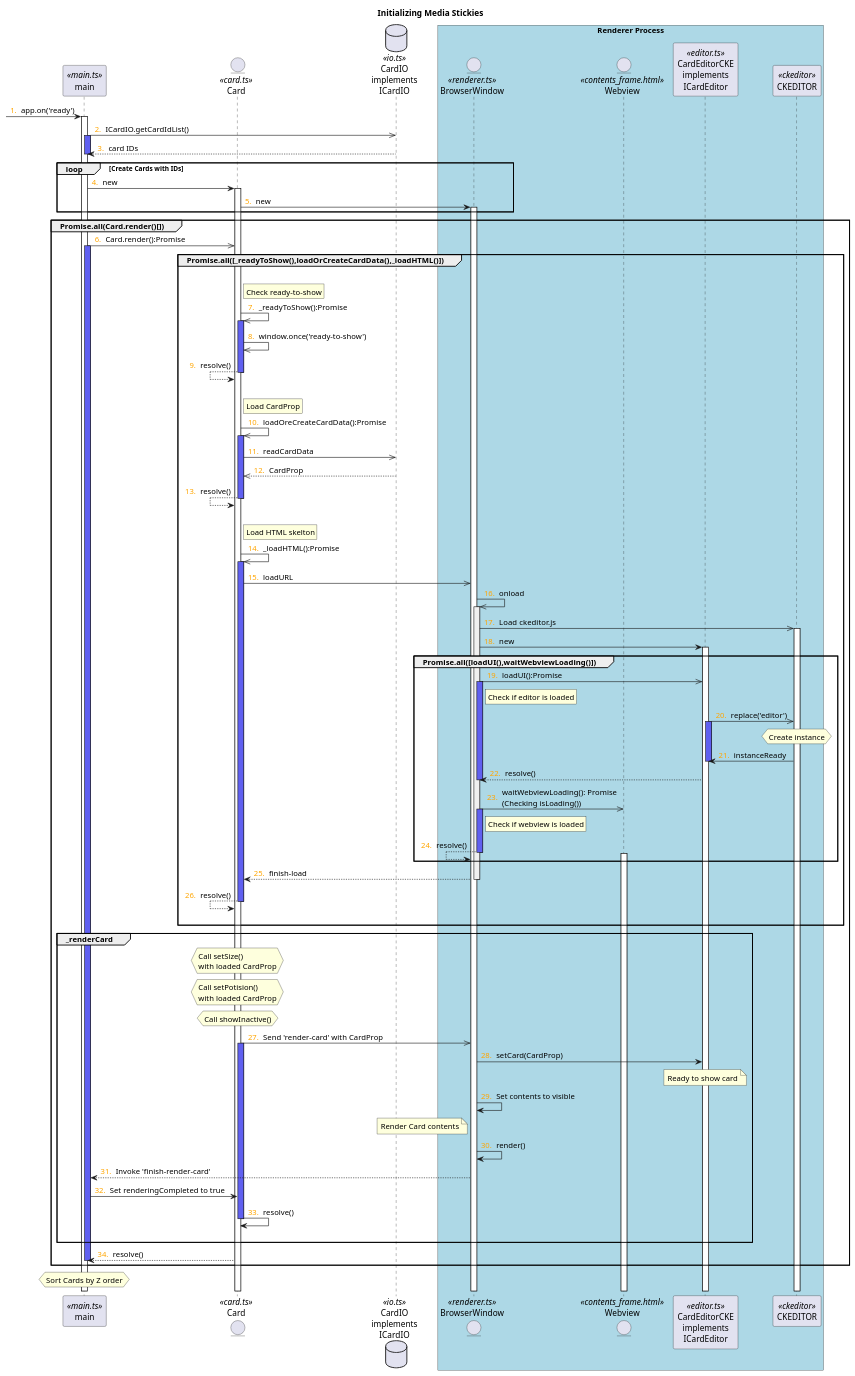
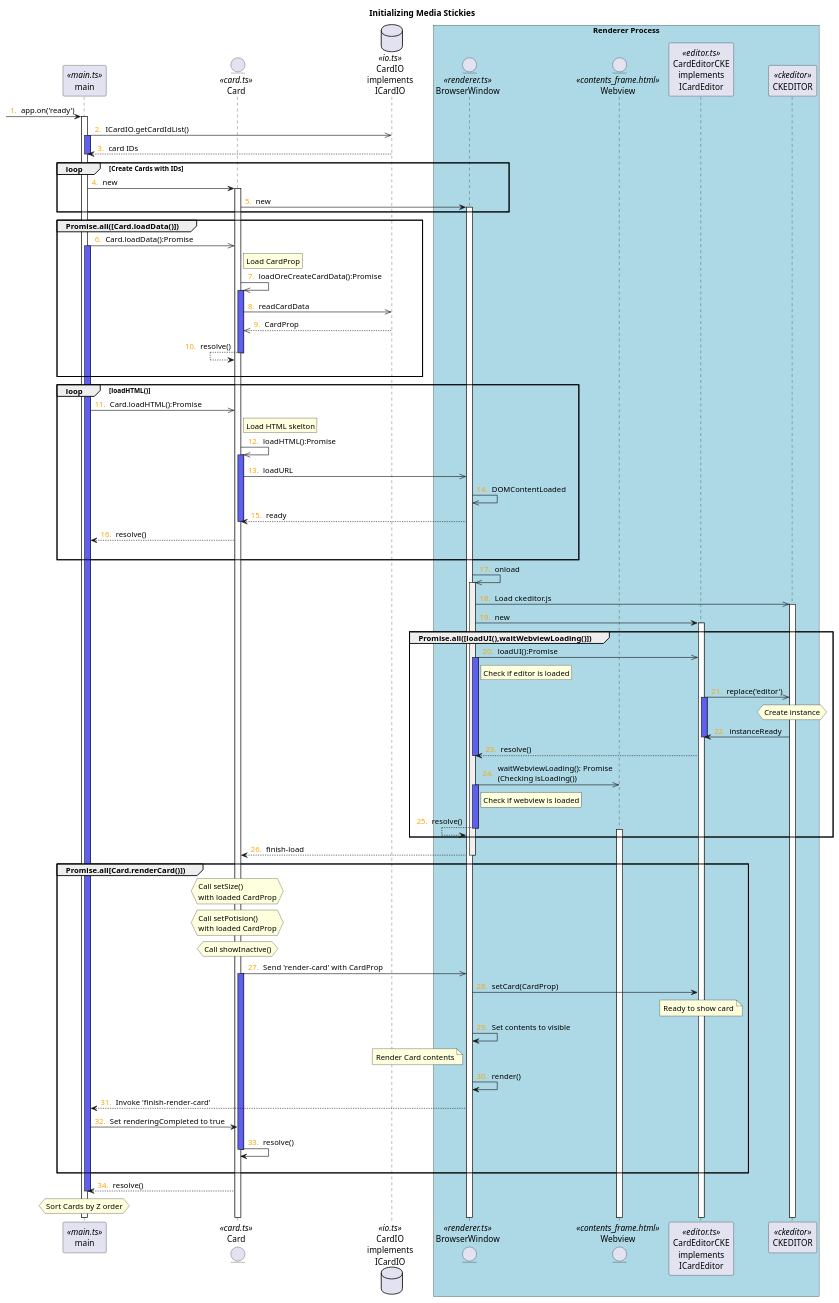
One commit to canal874/sticky-sprites changed the diagram in doc/initializing.puml. Above: the diagram before and after it, drawn with PlantUML.

Commit message:
update: Sequence diagram of initializing process

```diff
--- a/doc/initializing.puml
+++ b/doc/initializing.puml
@@ -2,108 +2,106 @@
 @startuml
 title Initializing Media Stickies
 
 autonumber "<font color=orange>0. "
 participant main <<main.ts>> order 10
 entity Card <<card.ts>> order 20
 database ICardIO as "CardIO\nimplements\nICardIO" <<io.ts>> order 50
 box "Renderer Process" #LightBlue
   entity BrowserWindow <<renderer.ts>> order 100
   entity Webview <<contents_frame.html>> order 101
   participant ICardEditor as "CardEditorCKE\nimplements\nICardEditor" <<editor.ts>> order 111
   participant CKEDITOR <<ckeditor>> order 112
 end box 
 
 [-> main: app.on('ready')
 activate main
 
 main ->>ICardIO: ICardIO.getCardIdList()
 activate main #6060f0
 main <-- ICardIO: card IDs
 deactivate main
 loop Create Cards with IDs
   main -> Card: new
   activate Card
   Card -> BrowserWindow: new
   activate BrowserWindow
 end
 
-group Promise.all(Card.render()[])
-  main ->> Card: Card.render():Promise
+group Promise.all([Card.loadData()])
+  main ->> Card: Card.loadData():Promise
   activate main #6060f0  
-  group Promise.all([_readyToShow(),loadOrCreateCardData(),_loadHTML()])    
-    |||
-    rnote right Card: Check ready-to-show
-    Card ->> Card: _readyToShow():Promise
-    activate Card  #6060f0
-    Card ->> Card: window.once('ready-to-show')
-    Card <-- Card: resolve()
+  rnote Right Card: Load CardProp        
+  Card ->> Card: loadOreCreateCardData():Promise
+  activate Card  #6060f0
+  Card ->> ICardIO: readCardData
+  Card <<-- ICardIO: CardProp
+  Card <-- Card: resolve()
+  deactivate Card
+  |||  
+end
+
+loop loadHTML()
+  main ->> Card: Card.loadHTML():Promise
+  rnote Right Card: Load HTML skelton
+  Card ->> Card: loadHTML():Promise
+  activate Card  #6060f0
+  Card ->> BrowserWindow: loadURL
+    BrowserWindow ->> BrowserWindow: DOMContentLoaded
+    Card <-- BrowserWindow: ready
     deactivate Card
-    |||
-    rnote Right Card: Load CardProp        
-    Card ->> Card: loadOreCreateCardData():Promise
-    activate Card  #6060f0
-    Card ->> ICardIO: readCardData
-    Card <<-- ICardIO: CardProp
-    Card <-- Card: resolve()
-    deactivate Card
-    |||
-    rnote Right Card: Load HTML skelton
-    Card ->> Card: _loadHTML():Promise
-    activate Card  #6060f0
-    Card ->> BrowserWindow: loadURL
-      BrowserWindow ->> BrowserWindow: onload
-        activate BrowserWindow #f0f0f0
-        BrowserWindow ->> CKEDITOR: Load ckeditor.js
-        activate CKEDITOR
-        BrowserWindow -> ICardEditor: new
-        activate ICardEditor
+  main <-- Card: resolve()    
+  |||
+end
+          
+    BrowserWindow ->> BrowserWindow: onload
+      activate BrowserWindow #f0f0f0
+      BrowserWindow ->> CKEDITOR: Load ckeditor.js
+      activate CKEDITOR
+      BrowserWindow -> ICardEditor: new
+      activate ICardEditor
 
-        group Promise.all([loadUI(),waitWebviewLoading()])    
+      group Promise.all([loadUI(),waitWebviewLoading()])    
         BrowserWindow ->> ICardEditor: loadUI():Promise
           rnote Right BrowserWindow: Check if editor is loaded
           activate BrowserWindow #6060f0
           ICardEditor ->> CKEDITOR: replace('editor')
             activate ICardEditor #6060f0
             hnote over CKEDITOR: Create instance
             ICardEditor <- CKEDITOR: instanceReady
             deactivate ICardEditor
             BrowserWindow <-- ICardEditor: resolve()
           deactivate BrowserWindow
 
         BrowserWindow ->> Webview: waitWebviewLoading(): Promise\n(Checking isLoading())
           rnote Right BrowserWindow: Check if webview is loaded
           activate BrowserWindow #6060f0
         BrowserWindow <-- BrowserWindow: resolve()      
         activate Webview
         deactivate BrowserWindow
-        end
+      end
 
-        Card <-- BrowserWindow: finish-load
-        deactivate BrowserWindow
-    Card <-- Card: resolve()
-    deactivate Card
-    |||
-  end
+      Card <-- BrowserWindow: finish-load
+      deactivate BrowserWindow
 
-  group _renderCard
+group Promise.all[Card.renderCard()])
     hnote over Card: Call setSize()\nwith loaded CardProp
     hnote over Card: Call setPotision()\nwith loaded CardProp
     hnote over Card: Call showInactive()
     Card ->> BrowserWindow: Send 'render-card' with CardProp
     activate Card #6060f0
     BrowserWindow -> ICardEditor: setCard(CardProp)
     note over ICardEditor: Ready to show card
     BrowserWindow -> BrowserWindow: Set contents to visible
     note left BrowserWindow: Render Card contents
     BrowserWindow -> BrowserWindow: render()
     main <-- BrowserWindow: Invoke 'finish-render-card'
     main -> Card: Set renderingCompleted to true
     Card -> Card: resolve()
     deactivate Card
     |||
   end
   main <-- Card: resolve()
   deactivate main
-end 
+
 hnote over main: Sort Cards by Z order
 @enduml
```
